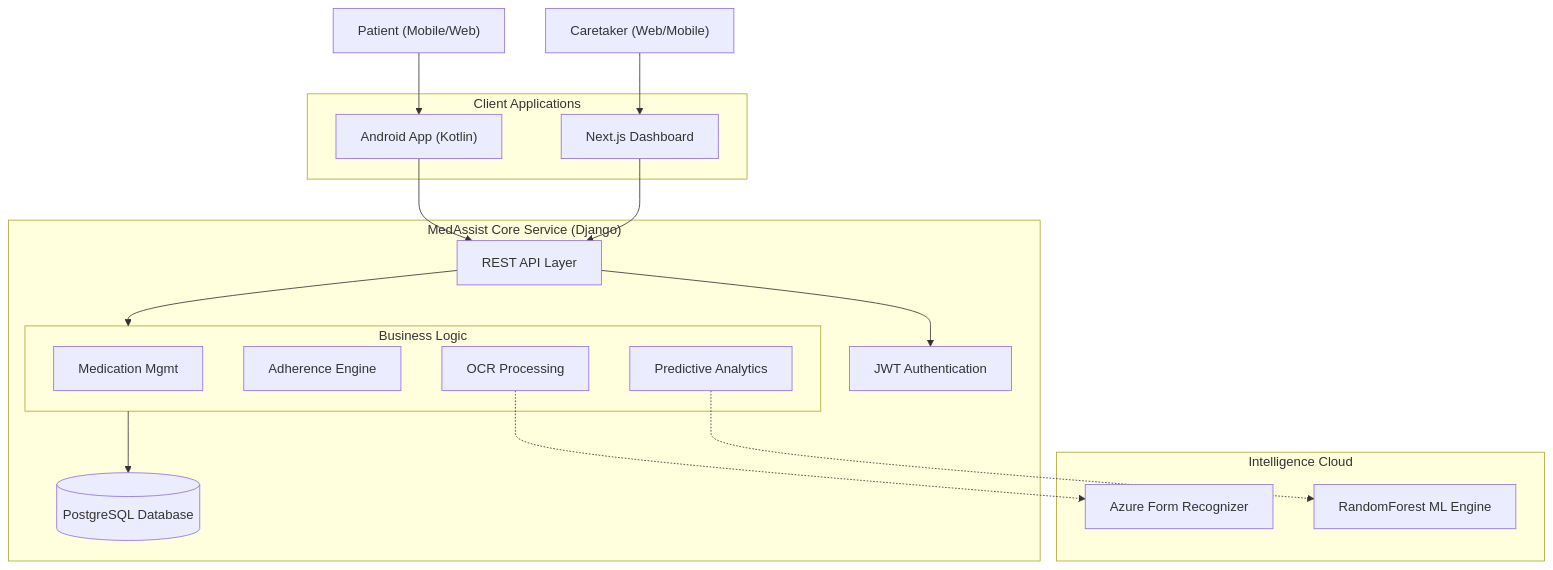
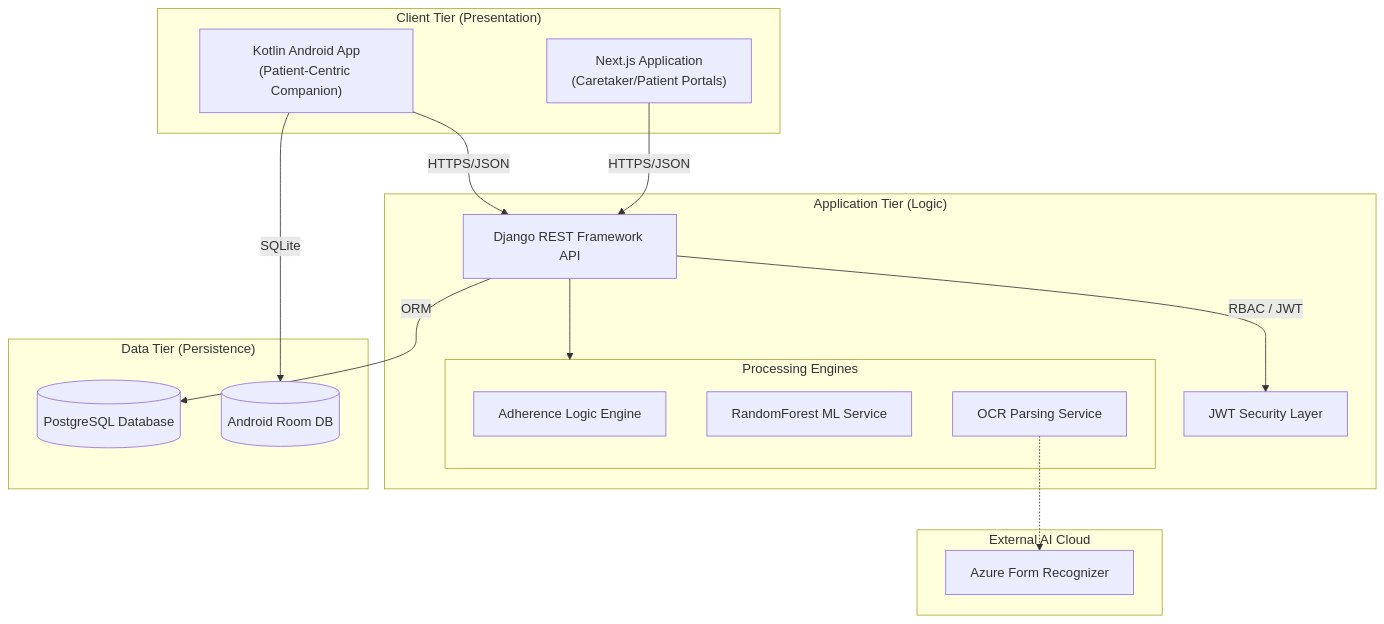
The diagram in README.md (rathinadev/MedAssist), drawn with Mermaid before and after one commit. The commit also changed other lines of this file and 3 other files, not shown here.

````diff
--- a/README.md
+++ b/README.md
@@ -17,44 +16,39 @@
 ```mermaid
 graph TD
-    %% Users
-    UserPat["Patient (Mobile/Web)"]
-    UserCare["Caretaker (Web/Mobile)"]
-
-    %% Entry Points
-    subgraph Clients ["Client Applications"]
-        Mobile["Android App (Kotlin)"]
-        Web["Next.js Dashboard"]
+    %% Client Tier
+    subgraph Client_Tier ["Client Tier (Presentation)"]
+        Web["Next.js Application<br/>(Caretaker/Patient Portals)"]
+        Mobile["Kotlin Android App<br/>(Patient-Centric Companion)"]
     end
 
-    %% Backend Service
-    subgraph Core ["MedAssist Core Service (Django)"]
-        API["REST API Layer"]
-        Auth["JWT Authentication"]
-        
-        subgraph Logic ["Business Logic"]
-            Meds["Medication Mgmt"]
-            Adh["Adherence Engine"]
-            OCR_Logic["OCR Processing"]
-            ML_Logic["Predictive Analytics"]
+    %% Application Tier
+    subgraph App_Tier ["Application Tier (Logic)"]
+        RestAPI["Django REST Framework API"]
+        Auth["JWT Security Layer"]
+        subgraph Internal_Engines ["Processing Engines"]
+            Logic["Adherence Logic Engine"]
+            ML["RandomForest ML Service"]
+            OCR["OCR Parsing Service"]
         end
-        
-        DB[("PostgreSQL Database")]
     end
 
-    %% External Services
-    subgraph External ["Intelligence Cloud"]
-        Azure["Azure Form Recognizer"]
-        Scikit["RandomForest ML Engine"]
+    %% Data Tier
+    subgraph Data_Tier ["Data Tier (Persistence)"]
+        Postgres[(PostgreSQL Database)]
+        LocalStorage[(Android Room DB)]
     end
 
-    %% Connections
-    UserPat --> Mobile
-    UserCare --> Web
-    Mobile --> API
-    Web --> API
-    API --> Auth
-    API --> Logic
-    Logic --> DB
-    OCR_Logic -.-> Azure
-    ML_Logic -.-> Scikit
+    %% External Tier
+    subgraph External_Tier ["External AI Cloud"]
+        Azure["Azure Form Recognizer"]
+    end
+
+    %% Interactions
+    Web -- "HTTPS/JSON" --> RestAPI
+    Mobile -- "HTTPS/JSON" --> RestAPI
+    RestAPI -- "RBAC / JWT" --> Auth
+    RestAPI -- "ORM" --> Postgres
+    RestAPI --> Internal_Engines
+    OCR -.-> Azure
+    Mobile -- "SQLite" --> LocalStorage
 ```
````
